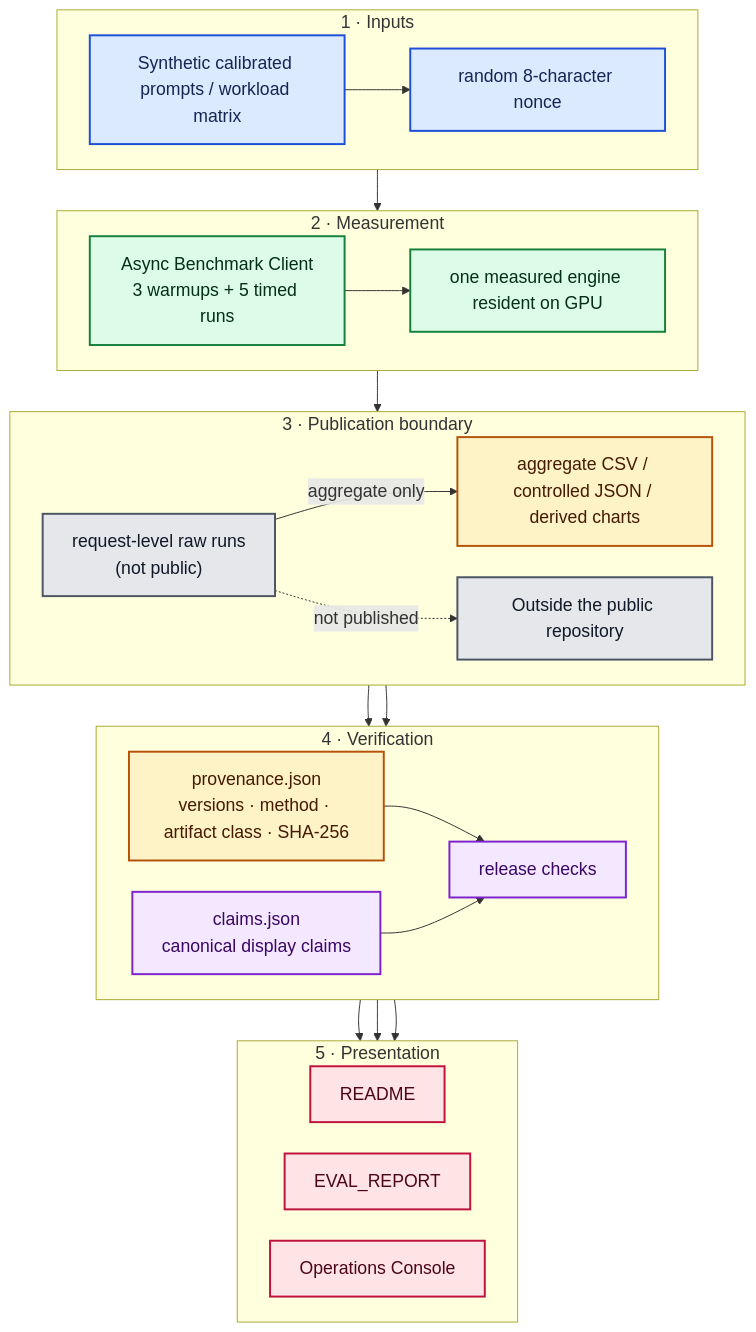
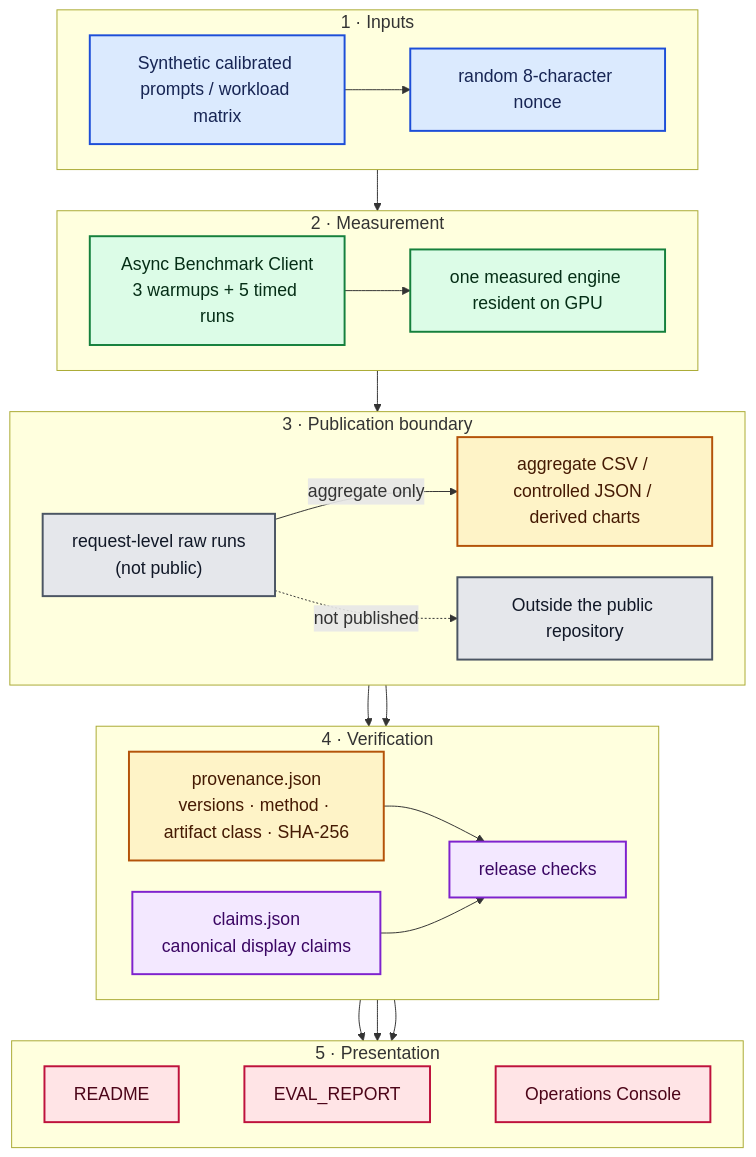
One commit to kuotunyu/local-inference-bench-gateway changed the third of 3 diagrams in README.md. Above: the diagram before and after it, drawn with Mermaid. The commit also changed other lines of this file and 1 other file, not shown here.

Commit message:
docs: refine README diagram layout

````diff
--- a/README.md
+++ b/README.md
@@ -121,63 +115,64 @@
 ```mermaid
 %%{init: {"themeVariables": {"fontSize": "18px"}, "flowchart": {"nodeSpacing": 32, "rankSpacing": 42}}}%%
 flowchart TB
     subgraph Inputs["1 · Inputs"]
         direction LR
         Workload["Synthetic calibrated prompts / workload matrix"]
         Nonce["random 8-character nonce"]
         Workload --> Nonce
     end
 
     subgraph Measurement["2 · Measurement"]
         direction LR
         Client["Async Benchmark Client<br/>3 warmups + 5 timed runs"]
         Resident["one measured engine resident on GPU"]
         Client --> Resident
     end
 
     subgraph Boundary["3 · Publication boundary"]
         direction LR
         Raw["request-level raw runs<br/>(not public)"]
         Aggregate["aggregate CSV / controlled JSON / derived charts"]
         Private["Outside the public repository"]
         Raw -->|"aggregate only"| Aggregate
         Raw -. not published .-> Private
     end
 
     subgraph Verification["4 · Verification"]
         direction LR
         Provenance["provenance.json<br/>versions · method · artifact class · SHA-256"]
         Claims["claims.json<br/>canonical display claims"]
         Checks["release checks"]
         Provenance --> Checks
         Claims --> Checks
     end
 
     subgraph Presentation["5 · Presentation"]
         direction LR
         Readme["README"]
         Eval["EVAL_REPORT"]
         Console["Operations Console"]
+        Readme ~~~ Eval ~~~ Console
     end
 
     Nonce --> Client
     Resident --> Raw
     Aggregate --> Provenance
     Aggregate --> Claims
     Checks --> Readme
     Checks --> Eval
     Checks --> Console
 
     classDef input fill:#DBEAFE,stroke:#1D4ED8,stroke-width:2px,color:#172554;
     classDef measurement fill:#DCFCE7,stroke:#15803D,stroke-width:2px,color:#052E16;
     classDef artifact fill:#FEF3C7,stroke:#B45309,stroke-width:2px,color:#451A03;
     classDef verification fill:#F3E8FF,stroke:#7E22CE,stroke-width:2px,color:#3B0764;
     classDef presentation fill:#FFE4E6,stroke:#BE123C,stroke-width:2px,color:#4C0519;
     classDef unpublished fill:#E5E7EB,stroke:#4B5563,stroke-width:2px,color:#111827;
     class Workload,Nonce input;
     class Client,Resident measurement;
     class Raw,Private unpublished;
     class Aggregate,Provenance artifact;
     class Claims,Checks verification;
     class Readme,Eval,Console presentation;
 ```
````
